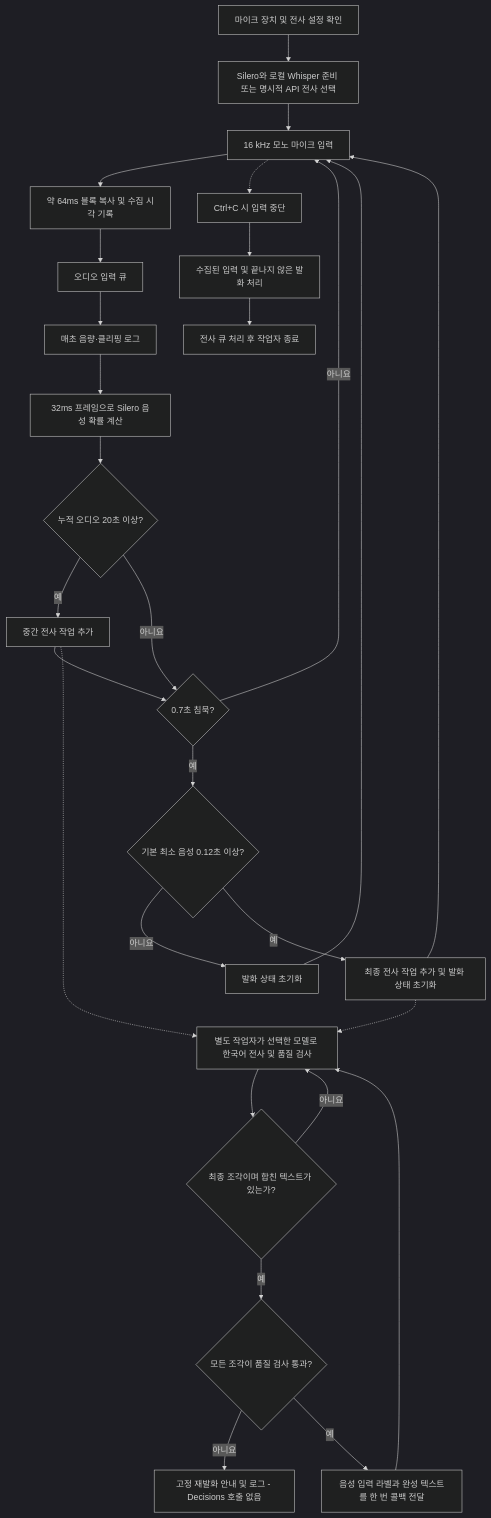
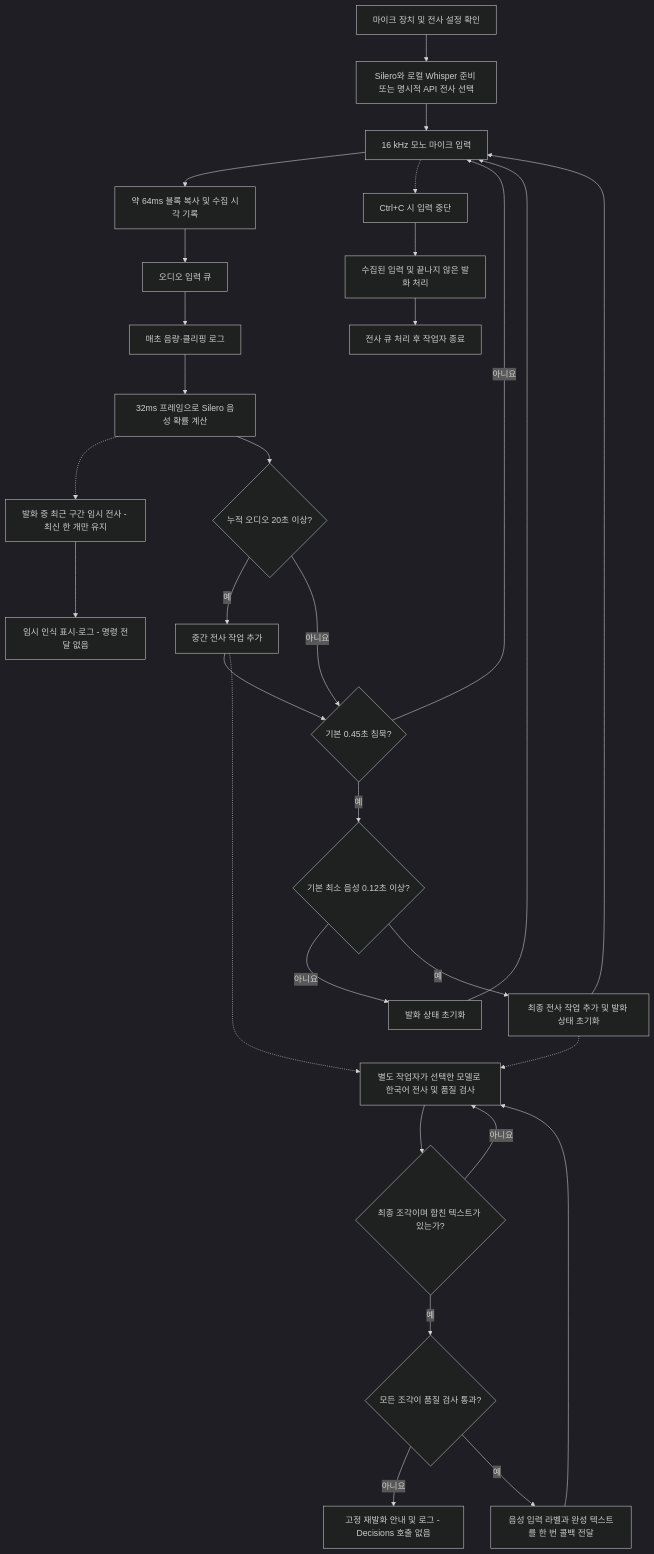
Before and after one commit to pyhearts/ROBOTPAL: the second of 7 diagrams in FLOWCHART.md, drawn with Mermaid (dark theme). The commit also changed other lines of this file and 30 other files, not shown here.

````diff
--- a/FLOWCHART.md
+++ b/FLOWCHART.md
@@ -25,30 +25,32 @@
 ```mermaid
 flowchart TD
     A[마이크 장치 및 전사 설정 확인] --> INIT[Silero와 로컬 Whisper 준비 또는 명시적 API 전사 선택]
     INIT --> B[16 kHz 모노 마이크 입력]
     B --> C[약 64ms 블록 복사 및 수집 시각 기록]
     C --> D[오디오 입력 큐]
     D --> MET[매초 음량·클리핑 로그]
     MET --> E[32ms 프레임으로 Silero 음성 확률 계산]
+    E -.-> PRE[발화 중 최근 구간 임시 전사 - 최신 한 개만 유지]
+    PRE --> SHOW[임시 인식 표시·로그 - 명령 전달 없음]
     E --> F{누적 오디오 20초 이상?}
     F -->|예| G[중간 전사 작업 추가]
-    F -->|아니요| H{0.7초 침묵?}
+    F -->|아니요| H{기본 0.45초 침묵?}
     G --> H
     H -->|아니요| B
     H -->|예| I{기본 최소 음성 0.12초 이상?}
     I -->|아니요| J[발화 상태 초기화]
     J --> B
     I -->|예| K[최종 전사 작업 추가 및 발화 상태 초기화]
     K --> B
     G -.-> L[별도 작업자가 선택한 모델로 한국어 전사 및 품질 검사]
     K -.-> L
     L --> M{최종 조각이며 합친 텍스트가 있는가?}
     M -->|아니요| L
     M -->|예| QUALITY{모든 조각이 품질 검사 통과?}
     QUALITY -->|아니요| RETRY[고정 재발화 안내 및 로그 - Decisions 호출 없음]
     QUALITY -->|예| N[음성 입력 라벨과 완성 텍스트를 한 번 콜백 전달]
     N --> L
     B -.-> STOP[Ctrl+C 시 입력 중단]
     STOP --> DRAIN[수집된 입력 및 끝나지 않은 발화 처리]
     DRAIN --> END[전사 큐 처리 후 작업자 종료]
 ```
````
